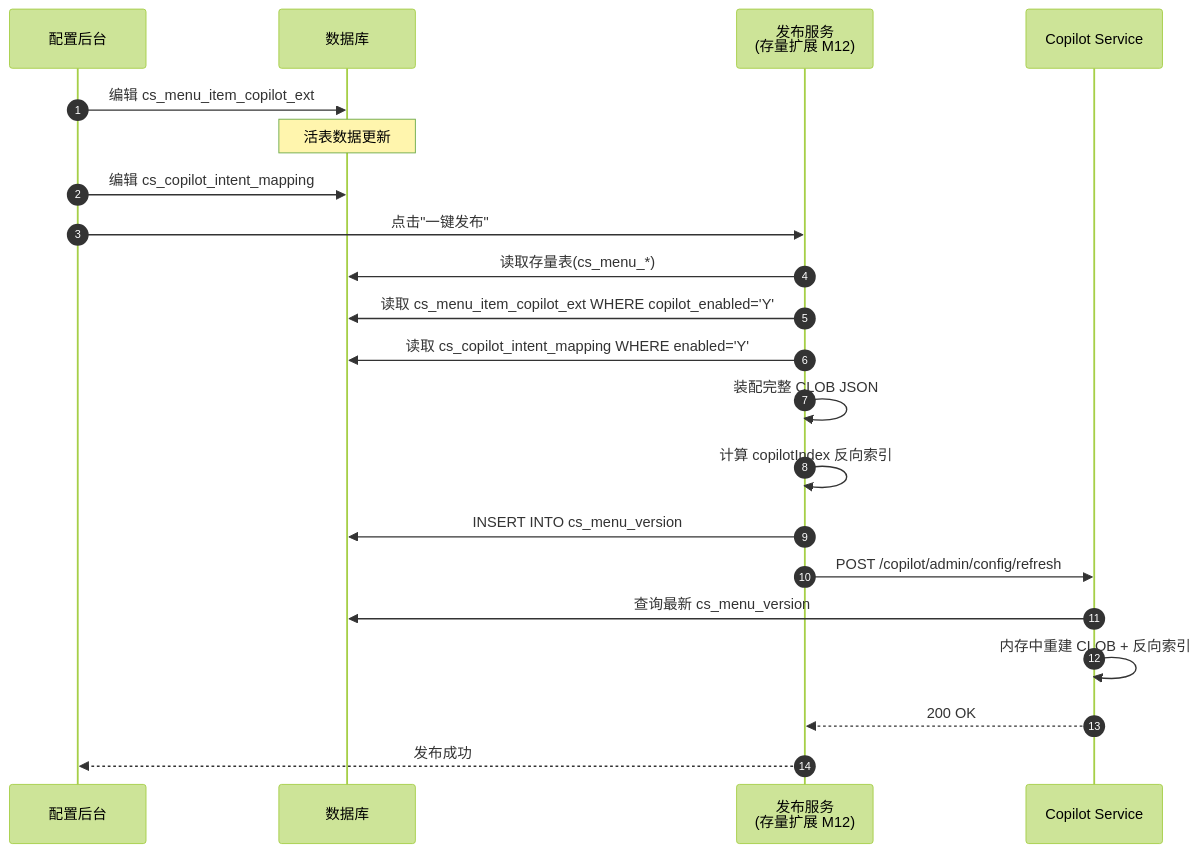
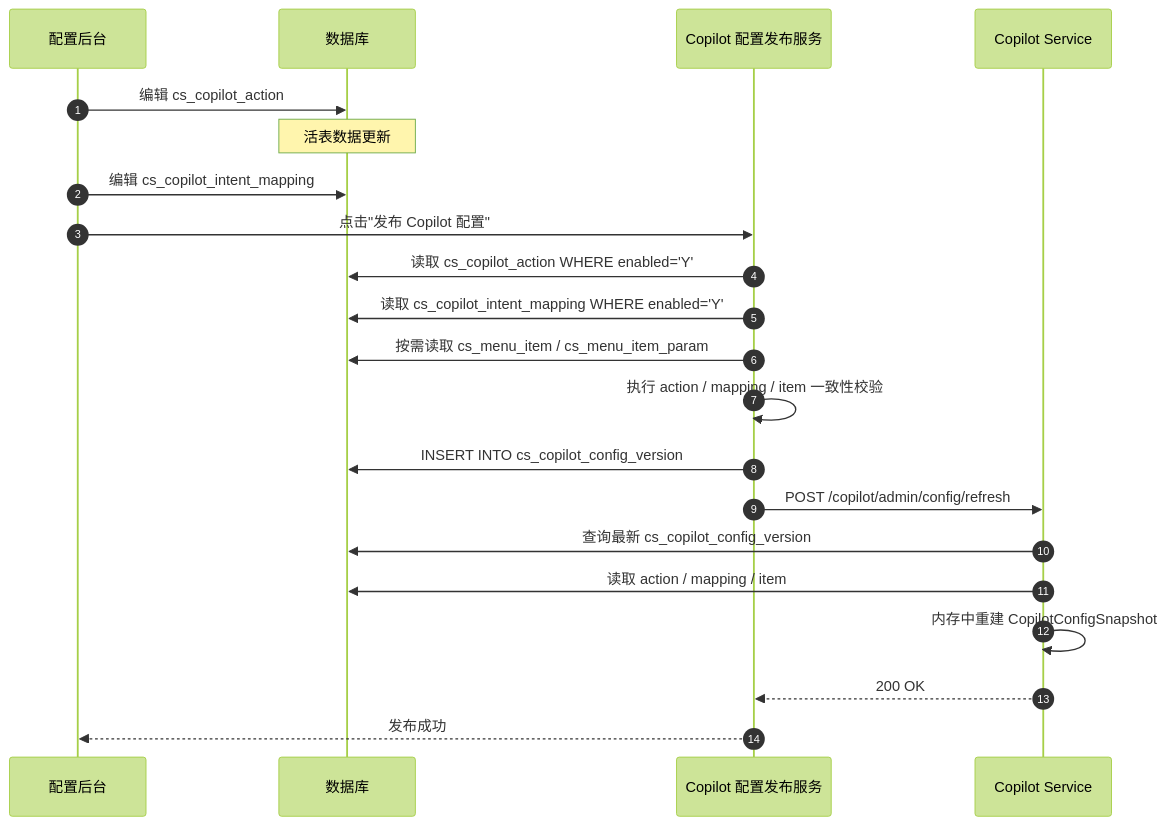
Before and after one commit to qzz617/copilot: diagram 21 of 24 in cs-copilot-service/docs/dd-v1.2.md, drawn with Mermaid (forest theme). The commit also changed other lines of this file and 24 other files, not shown here.

Commit message:
Align copilot action config schema

````diff
--- a/cs-copilot-service/docs/dd-v1.2.md
+++ b/cs-copilot-service/docs/dd-v1.2.md
@@ -3554,28 +3463,28 @@
 ```mermaid
 sequenceDiagram
     autonumber
     participant Admin as 配置后台
     participant DB as 数据库
-    participant Pub as 发布服务<br/>(存量扩展 M12)
+    participant Pub as Copilot 配置发布服务
     participant SVC as Copilot Service
 
-    Admin->>DB: 编辑 cs_menu_item_copilot_ext
+    Admin->>DB: 编辑 cs_copilot_action
     Note over DB: 活表数据更新
     Admin->>DB: 编辑 cs_copilot_intent_mapping
-    Admin->>Pub: 点击"一键发布"
+    Admin->>Pub: 点击"发布 Copilot 配置"
 
-    Pub->>DB: 读取存量表(cs_menu_*)
-    Pub->>DB: 读取 cs_menu_item_copilot_ext WHERE copilot_enabled='Y'
+    Pub->>DB: 读取 cs_copilot_action WHERE enabled='Y'
     Pub->>DB: 读取 cs_copilot_intent_mapping WHERE enabled='Y'
+    Pub->>DB: 按需读取 cs_menu_item / cs_menu_item_param
 
-    Pub->>Pub: 装配完整 CLOB JSON
-    Pub->>Pub: 计算 copilotIndex 反向索引
-    Pub->>DB: INSERT INTO cs_menu_version
+    Pub->>Pub: 执行 action / mapping / item 一致性校验
+    Pub->>DB: INSERT INTO cs_copilot_config_version
 
     Pub->>SVC: POST /copilot/admin/config/refresh
-    SVC->>DB: 查询最新 cs_menu_version
-    SVC->>SVC: 内存中重建 CLOB + 反向索引
+    SVC->>DB: 查询最新 cs_copilot_config_version
+    SVC->>DB: 读取 action / mapping / item
+    SVC->>SVC: 内存中重建 CopilotConfigSnapshot
     SVC-->>Pub: 200 OK
 
     Pub-->>Admin: 发布成功
 ```
````
